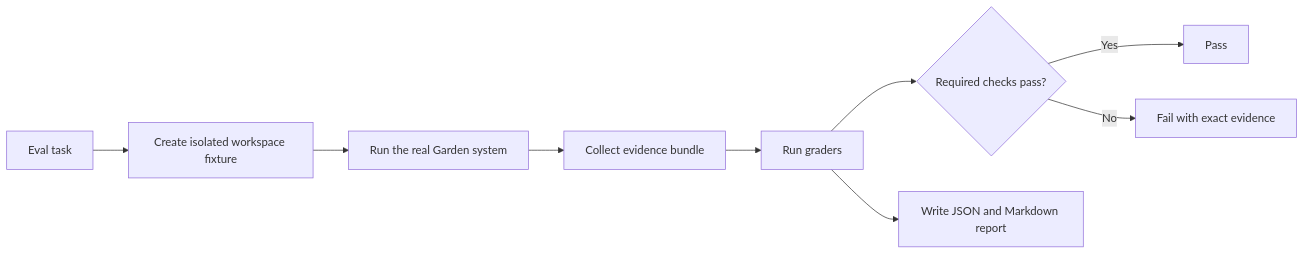
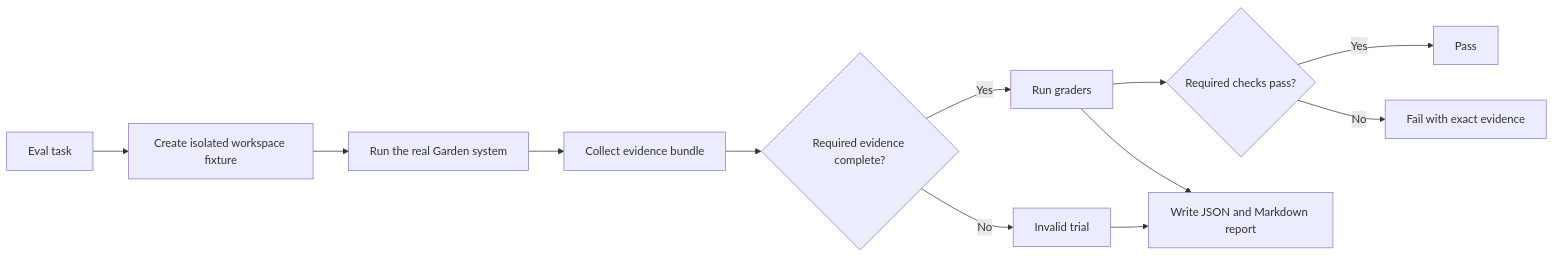
Before and after one commit to Flow-Research/garden: the first of 9 diagrams in docs/features/evaluation-system-design.md, drawn with Mermaid. The commit also changed other lines of this file and 5 other files, not shown here.

Commit message:
feat(evals): define issue-run trial contracts

````diff
--- a/docs/features/evaluation-system-design.md
+++ b/docs/features/evaluation-system-design.md
@@ -39,11 +41,14 @@
 ```mermaid
 flowchart LR
   Task[Eval task] --> Fixture[Create isolated workspace fixture]
   Fixture --> Garden[Run the real Garden system]
   Garden --> Evidence[Collect evidence bundle]
-  Evidence --> Graders[Run graders]
+  Evidence --> Complete{Required evidence complete?}
+  Complete -->|No| Invalid[Invalid trial]
+  Complete -->|Yes| Graders[Run graders]
   Graders --> Verdict{Required checks pass?}
   Verdict -->|Yes| Pass[Pass]
   Verdict -->|No| Fail[Fail with exact evidence]
   Graders --> Report[Write JSON and Markdown report]
+  Invalid --> Report
 ```
````
